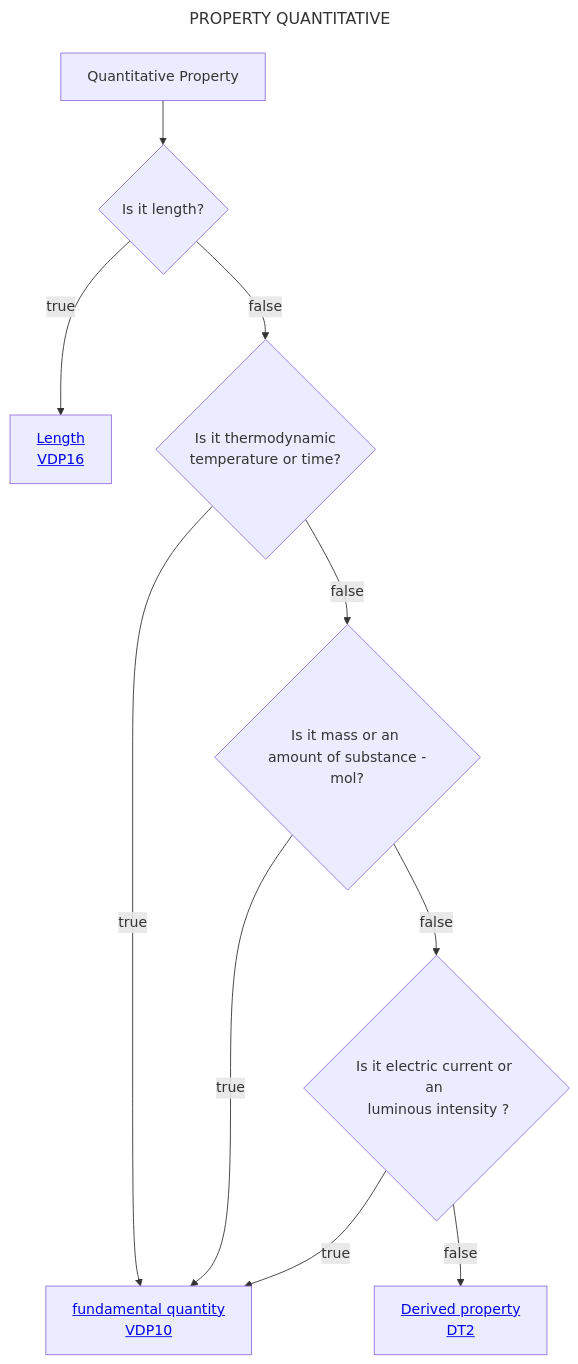
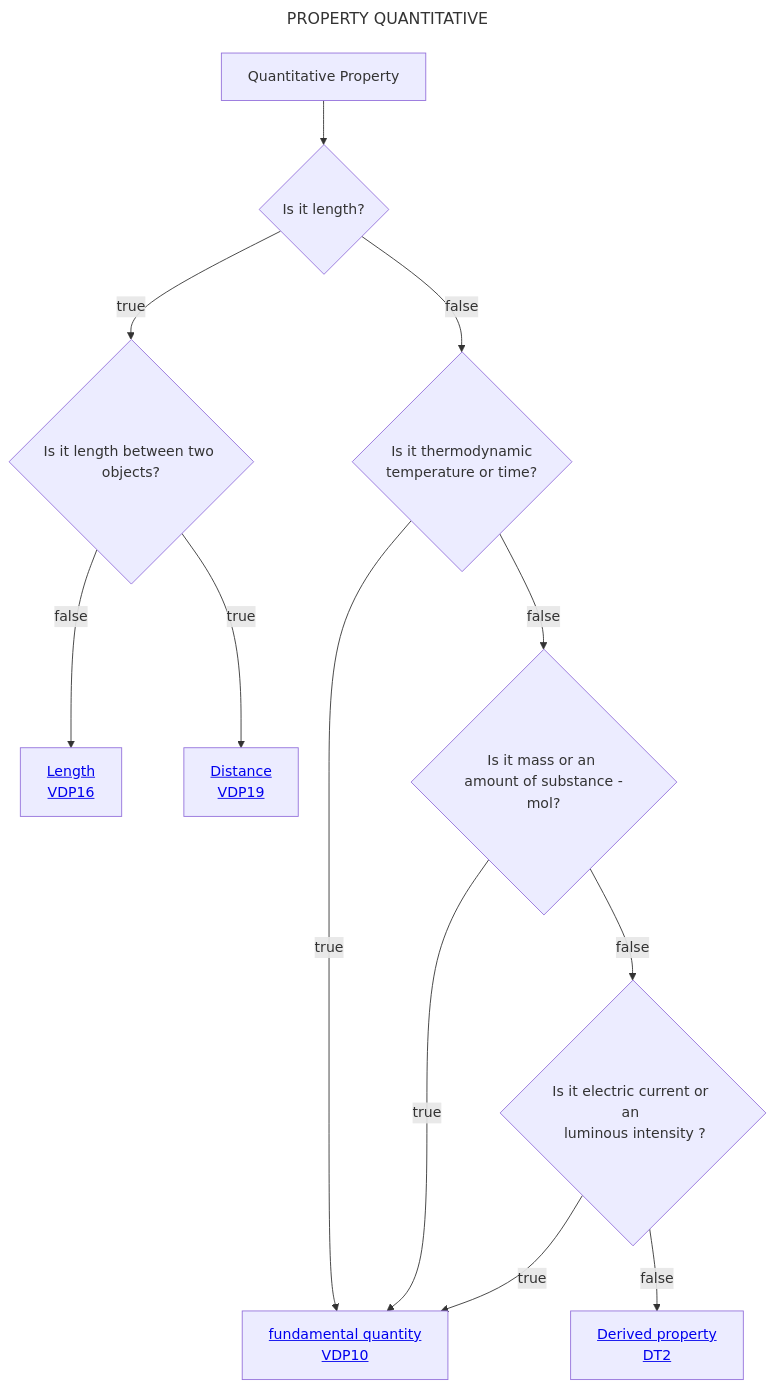
One commit to mabablue/I-ADOPT-patterns-playground changed the diagram in Decisition_trees/DT1.mmd. Above: the diagram before and after it, drawn with Mermaid.

```diff
--- a/Decisition_trees/DT1.mmd
+++ b/Decisition_trees/DT1.mmd
@@ -1,13 +1,15 @@
 ---
 title: PROPERTY QUANTITATIVE
 ---
 flowchart TD
     A[Quantitative Property] --> C{Is it length?}
-    C --> |true|E[<a href='https://github.com/mabablue/I-ADOPT-patterns-playground/blob/main/pattern/VDP16.yaml'>Length <br> VDP16</a>] 
+    C --> |true|E{Is it length between two objects?}
     C --> |false|F{Is it thermodynamic <br> temperature or time?}
     F --> |true|G[<a href='https://github.com/mabablue/I-ADOPT-patterns-playground/blob/main/pattern/VDP10.yaml'>fundamental quantity <br> VDP10</a>] 
     F --> |false|H{Is it mass or an <br> amount of substance - mol?}
     H --> |true|G
     H --> |false|K{Is it electric current or an <br> luminous intensity ?}
     K --> |true|G
     K --> |false|M[<a href='https://github.com/mabablue/I-ADOPT-patterns-playground/blob/main/Decisition_trees/DT2.mmd'>Derived property <br> DT2</a>] 
+    E --> |false|N[<a href='https://github.com/mabablue/I-ADOPT-patterns-playground/blob/main/pattern/VDP16.yaml'>Length <br> VDP16</a>] 
+    E --> |true|O[<a href='https://github.com/mabablue/I-ADOPT-patterns-playground/blob/main/pattern/VDP19.yaml'>Distance <br> VDP19</a>] 
```
